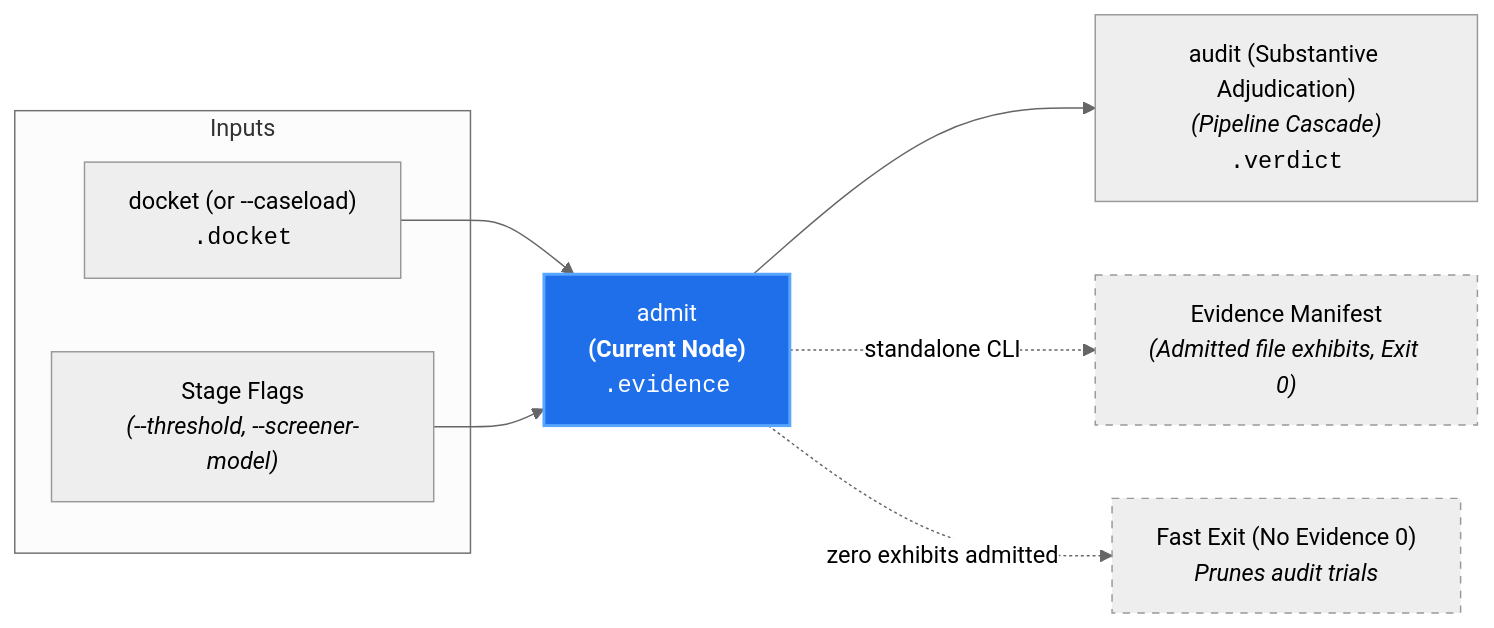
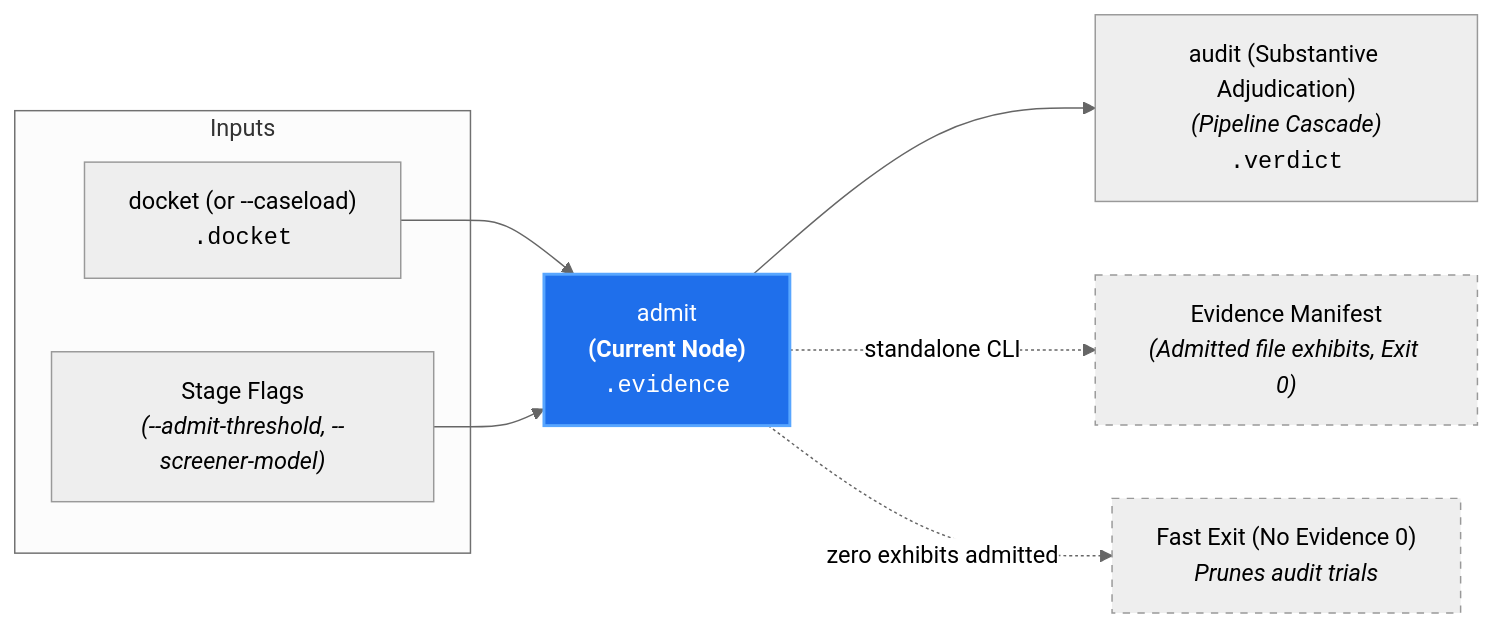
One commit to PAIR-code/canon-clerk changed the diagram in docs/architecture/nodes/admit.md. Above: the diagram before and after it, drawn with Mermaid (neutral theme). The commit also changed other lines of this file and 4 other files, not shown here.

Commit message:
docs(architecture): establish stage-prefixed threshold flags and scoping contract

````diff
--- a/docs/architecture/nodes/admit.md
+++ b/docs/architecture/nodes/admit.md
@@ -22,18 +22,18 @@
 ```mermaid
 flowchart LR
     subgraph Inputs["Inputs"]
         Docket["docket (or --caseload)<br/><code>.docket</code>"]
-        Params["Stage Flags<br/><i>(--threshold, --screener-model)</i>"]
+        Params["Stage Flags<br/><i>(--admit-threshold, --screener-model)</i>"]
     end
 
     Docket --> Admit["admit<br/><b>(Current Node)</b><br/><code>.evidence</code>"]
     Params --> Admit
 
     Admit --> Audit["audit (Substantive Adjudication)<br/><i>(Pipeline Cascade)</i><br/><code>.verdict</code>"]
     Admit -. "standalone CLI" .-> AdmitReport["Evidence Manifest<br/><i>(Admitted file exhibits, Exit 0)</i>"]
     Admit -. "zero exhibits admitted" .-> ZeroExhibits["Fast Exit (No Evidence 0)<br/><i>Prunes audit trials</i>"]
 
     style Admit fill:#1f6feb,stroke:#58a6ff,stroke-width:2px,color:#fff
     style AdmitReport stroke-dasharray: 5 5
     style ZeroExhibits stroke-dasharray: 5 5
 ```
````
